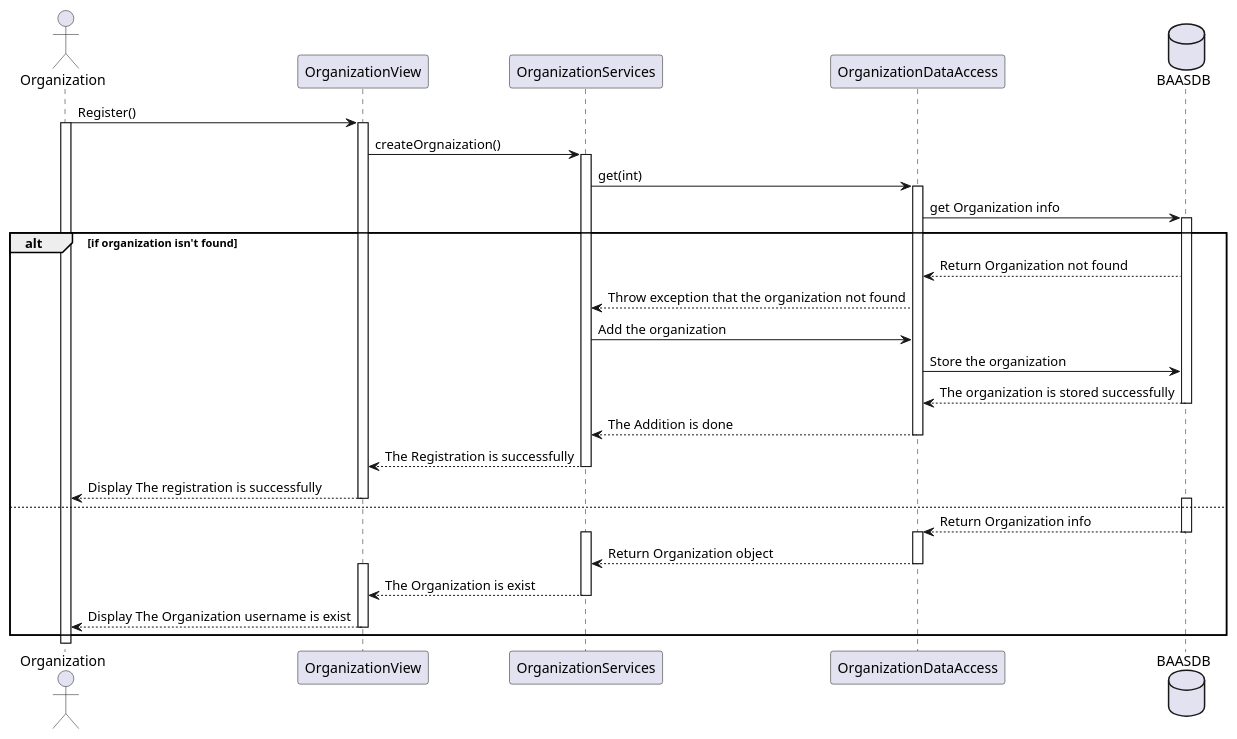
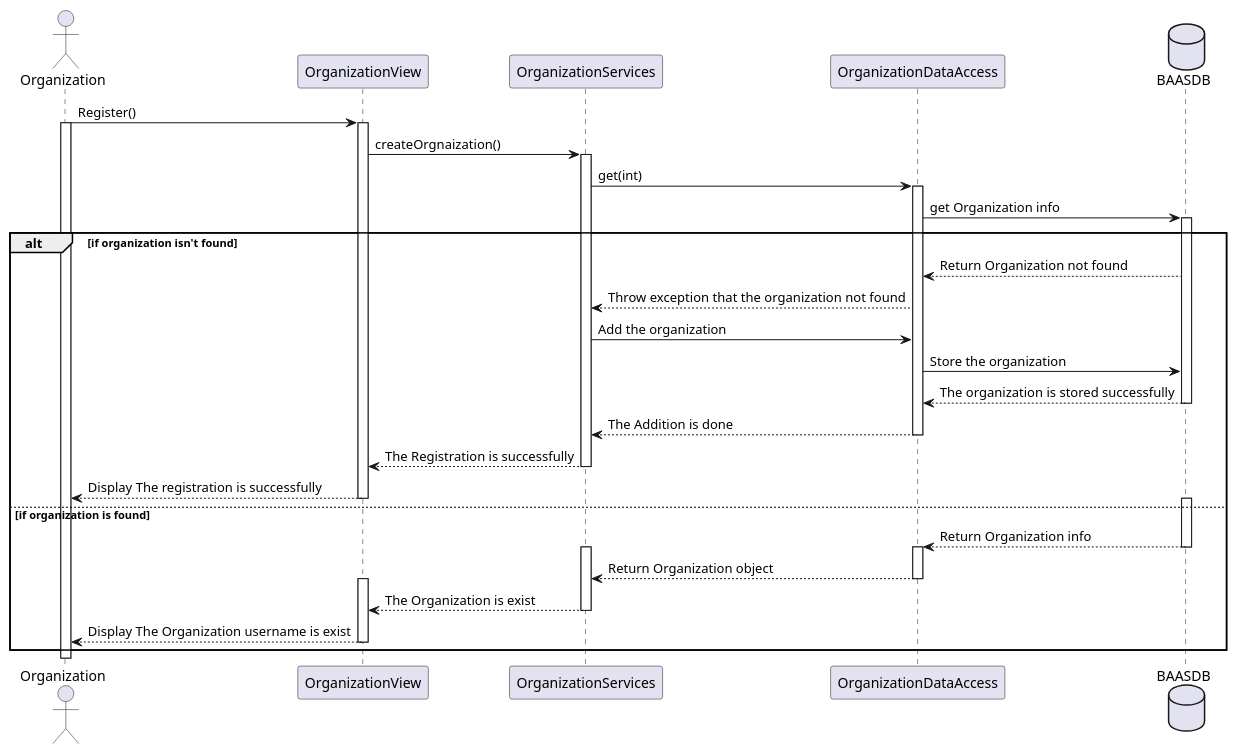
The diagram in Sequence Diagrams/pu/Register.pu (moazbasheer/BaaS_GP), drawn with PlantUML before and after one commit. The commit also changed 3 other files, not shown here.

```diff
--- a/Sequence Diagrams/pu/Register.pu
+++ b/Sequence Diagrams/pu/Register.pu
@@ -1,44 +1,44 @@
 @startuml   
   actor Organization  as Organization
   participant OrganizationView as OrganizationView
   participant OrganizationServices as OrganizationServices
   participant OrganizationDataAccess as OrganizationDataAccess
   database BAASDB as BaasDB
   Organization -> OrganizationView : Register()
   activate Organization
   activate OrganizationView
   OrganizationView -> OrganizationServices : createOrgnaization()
   activate OrganizationServices
   OrganizationServices -> OrganizationDataAccess : get(int)
   activate OrganizationDataAccess
   OrganizationDataAccess -> BaasDB : get Organization info
   activate BaasDB
 
   alt  if organization isn't found  
     BaasDB --> OrganizationDataAccess : Return Organization not found 
     OrganizationDataAccess --> OrganizationServices : Throw exception that the organization not found
     OrganizationServices -> OrganizationDataAccess : Add the organization
     OrganizationDataAccess -> BaasDB : Store the organization
     BaasDB --> OrganizationDataAccess : The organization is stored successfully
     deactivate BaasDB  
     OrganizationDataAccess --> OrganizationServices : The Addition is done 
     deactivate OrganizationDataAccess
     OrganizationServices --> OrganizationView: The Registration is successfully
     deactivate OrganizationServices
     OrganizationView --> Organization : Display The registration is successfully
     deactivate OrganizationView
-  else
+  else if organization is found
     activate BaasDB
     BaasDB --> OrganizationDataAccess : Return Organization info 
     deactivate BaasDB
     activate OrganizationDataAccess
     activate OrganizationServices
     OrganizationDataAccess --> OrganizationServices : Return Organization object
     deactivate OrganizationDataAccess
     activate OrganizationView
     OrganizationServices --> OrganizationView: The Organization is exist
     deactivate OrganizationServices
     OrganizationView --> Organization : Display The Organization username is exist
     deactivate OrganizationView
   end
 @enduml
```
